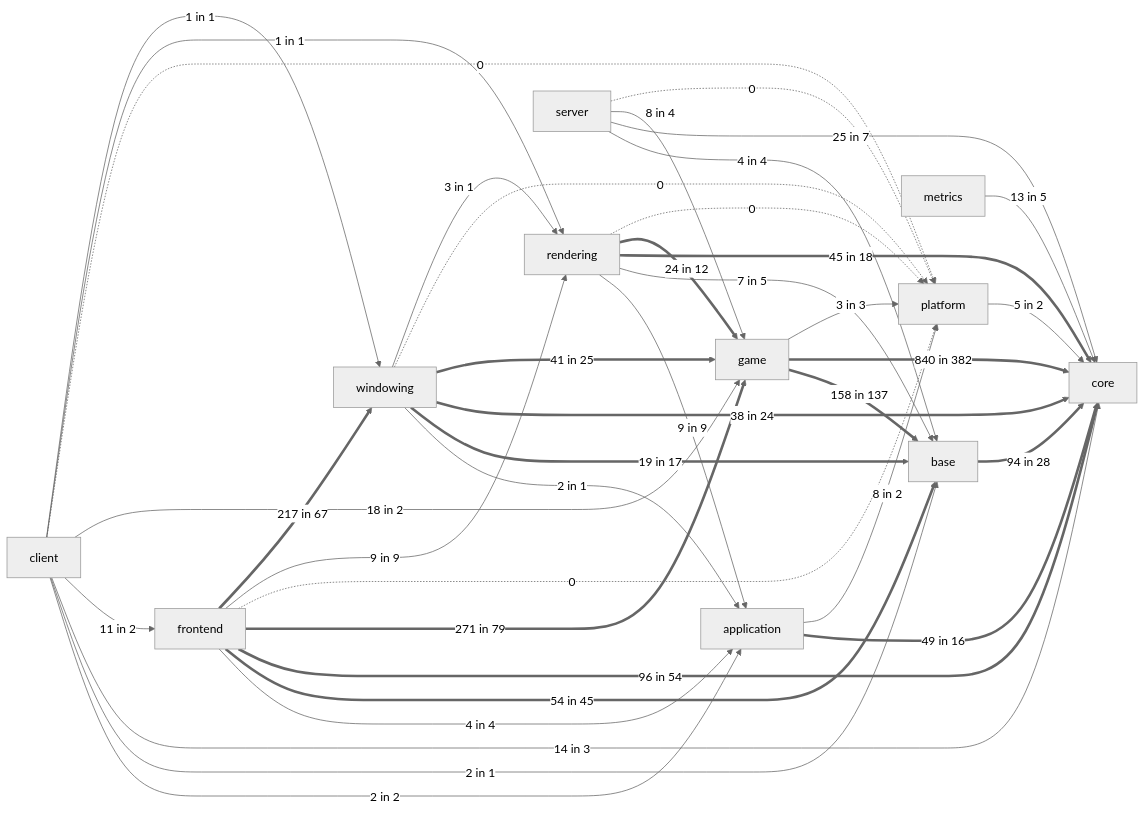
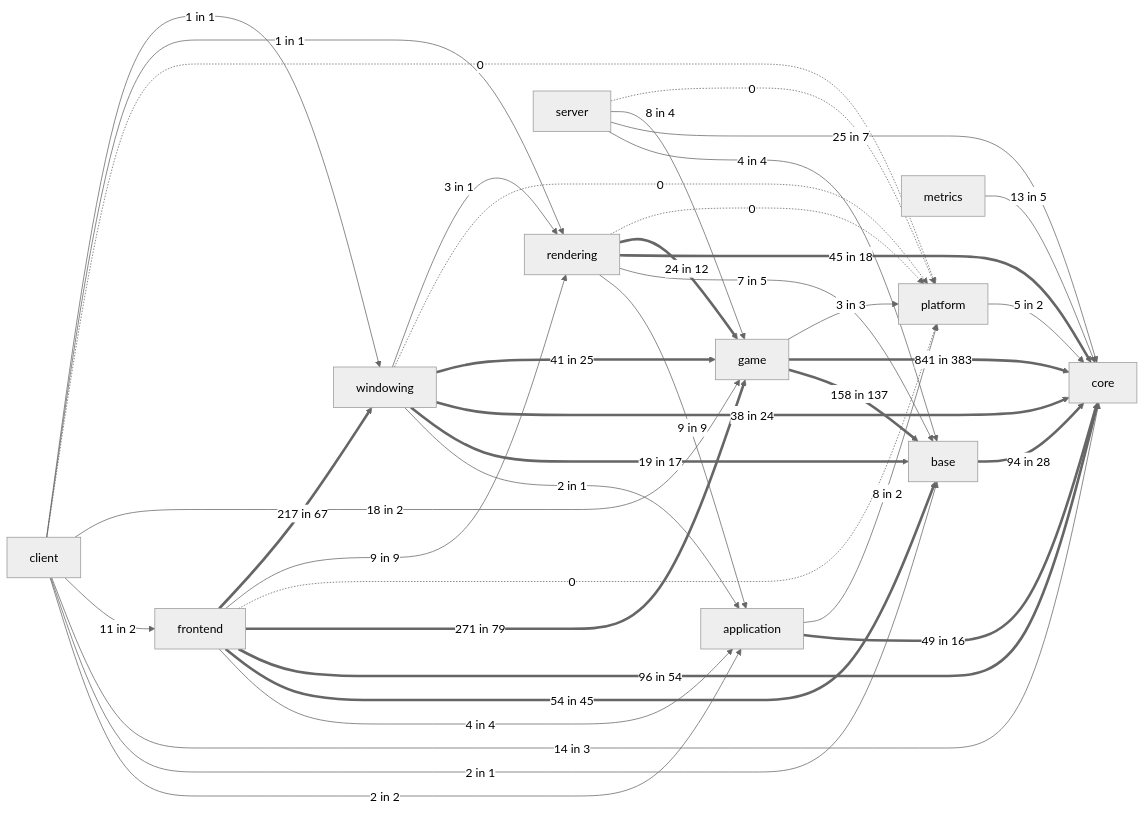
The fifth of 11 diagrams in docs/architecture/system-boundaries.md (apnex/OpenStarbound), drawn with Mermaid (neutral theme) before and after one commit. The commit also changed other lines of this file and 8 other files, not shown here.

````diff
--- a/docs/architecture/system-boundaries.md
+++ b/docs/architecture/system-boundaries.md
@@ -406,41 +406,41 @@
 ```mermaid
 flowchart LR
   base ==>|94 in 28| core
   metrics -->|13 in 5| core
   platform -->|5 in 2| core
   application ==>|49 in 16| core
   application -->|8 in 2| platform
   game ==>|158 in 137| base
-  game ==>|840 in 382| core
+  game ==>|841 in 383| core
   game -->|3 in 3| platform
   rendering -->|9 in 9| application
   rendering -->|7 in 5| base
   rendering ==>|45 in 18| core
   rendering ==>|24 in 12| game
   rendering -.->|0| platform
   windowing -->|2 in 1| application
   windowing ==>|19 in 17| base
   windowing ==>|38 in 24| core
   windowing ==>|41 in 25| game
   windowing -.->|0| platform
   windowing -->|3 in 1| rendering
   frontend -->|4 in 4| application
   frontend ==>|54 in 45| base
   frontend ==>|96 in 54| core
   frontend ==>|271 in 79| game
   frontend -.->|0| platform
   frontend -->|9 in 9| rendering
   frontend ==>|217 in 67| windowing
   client -->|2 in 2| application
   client -->|2 in 1| base
   client -->|14 in 3| core
   client -->|11 in 2| frontend
   client -->|18 in 2| game
   client -.->|0| platform
   client -->|1 in 1| rendering
   client -->|1 in 1| windowing
   server -->|4 in 4| base
   server -->|25 in 7| core
   server -->|8 in 4| game
   server -.->|0| platform
 ```
````
